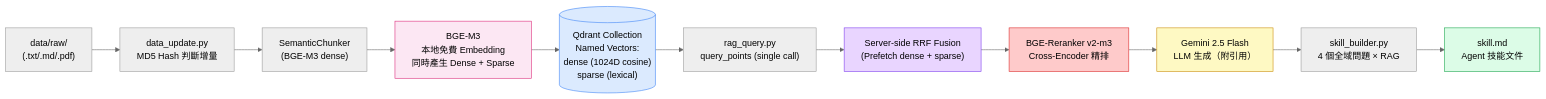
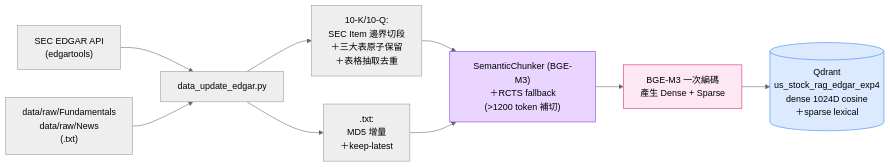
Before and after one commit to Allen900913/Agentic_RAG: the first of 2 diagrams in README.md, drawn with Mermaid (neutral theme). The commit also changed other lines of this file and 263 other files, not shown here.

````diff
--- a/README.md
+++ b/README.md
@@ -28,20 +33,15 @@
 ```mermaid
 graph LR
-    A["data/raw/\n(.txt/.md/.pdf)"] --> B["data_update.py\nMD5 Hash 判斷增量"]
-    B --> C["SemanticChunker\n(BGE-M3 dense)"]
-    C --> D["BGE-M3\n本地免費 Embedding\n同時產生 Dense + Sparse"]
-    D --> E[("Qdrant Collection\nNamed Vectors:\ndense (1024D cosine)\nsparse (lexical)")]
-    E --> F["rag_query.py\nquery_points (single call)"]
-    F --> RF["Server-side RRF Fusion\n(Prefetch dense + sparse)"]
-    RF --> RR["BGE-Reranker v2-m3\nCross-Encoder 精排"]
-    RR --> G["Gemini 2.5 Flash\nLLM 生成（附引用）"]
-    G --> H["skill_builder.py\n4 個全域問題 × RAG"]
-    H --> I["skill.md\nAgent 技能文件"]
+    A1["SEC EDGAR API<br/>(edgartools)"] --> B["data_update_edgar.py"]
+    A2["data/raw/Fundamentals<br/>data/raw/News<br/>(.txt)"] --> B
+    B --> C1["10-K/10-Q:<br/>SEC Item 邊界切段<br/>＋三大表原子保留<br/>＋表格抽取去重"]
+    B --> C2[".txt:<br/>MD5 增量<br/>＋keep-latest"]
+    C1 --> D["SemanticChunker (BGE-M3)<br/>＋RCTS fallback<br/>(>1200 token 補切)"]
+    C2 --> D
+    D --> E["BGE-M3 一次編碼<br/>產生 Dense + Sparse"]
+    E --> F[("Qdrant<br/>us_stock_rag_edgar_exp4<br/>dense 1024D cosine<br/>＋sparse lexical")]
 
-    style E fill:#dbeafe,stroke:#3b82f6
-    style I fill:#dcfce7,stroke:#16a34a
-    style G fill:#fef9c3,stroke:#ca8a04
-    style D fill:#fce7f3,stroke:#db2777
-    style RF fill:#e9d5ff,stroke:#7c3aed
-    style RR fill:#fecaca,stroke:#dc2626
+    style F fill:#dbeafe,stroke:#3b82f6
+    style E fill:#fce7f3,stroke:#db2777
+    style D fill:#e9d5ff,stroke:#7c3aed
 ```
````
